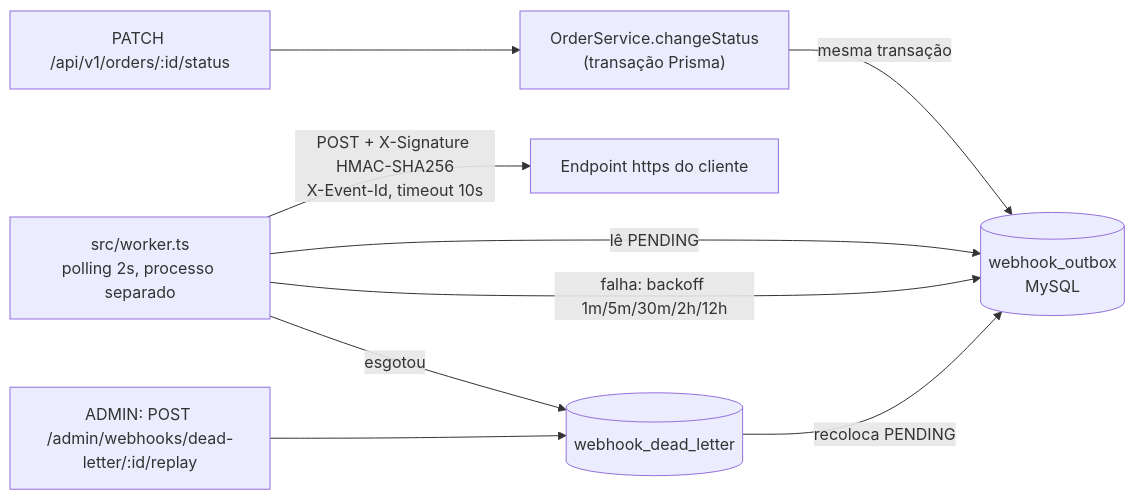
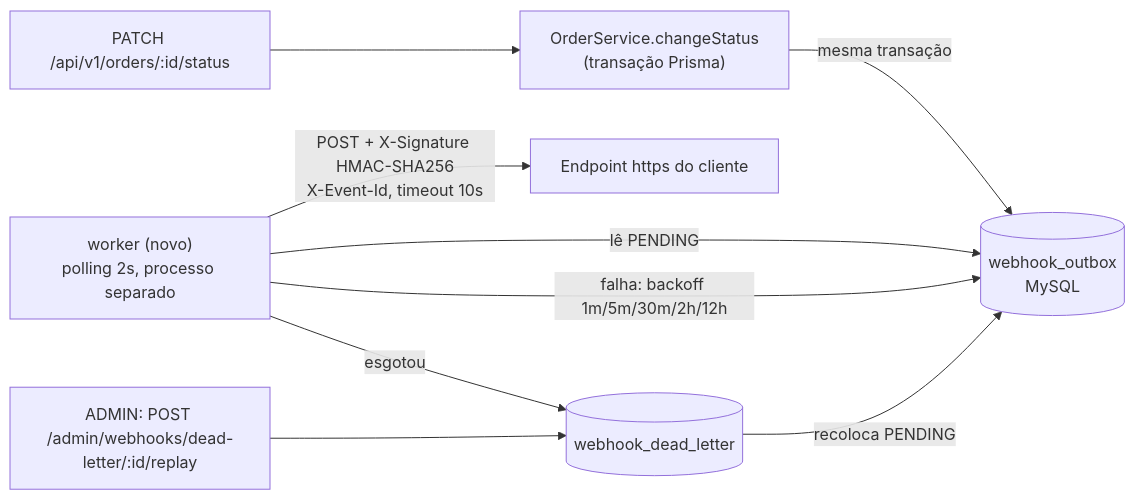
Before and after one commit to diegonogueira/mba-ia-desafio-design-docs-com-ia: the diagram in docs/RFC.md, drawn with Mermaid. The commit also changed other lines of this file and 9 other files, not shown here.

````diff
--- a/docs/RFC.md
+++ b/docs/RFC.md
@@ -31,11 +31,11 @@
 ```mermaid
 flowchart LR
   A["PATCH /api/v1/orders/:id/status"] --> B["OrderService.changeStatus<br/>(transação Prisma)"]
   B -->|"mesma transação"| C[("webhook_outbox<br/>MySQL")]
-  W["src/worker.ts<br/>polling 2s, processo separado"] -->|"lê PENDING"| C
+  W["worker (novo)<br/>polling 2s, processo separado"] -->|"lê PENDING"| C
   W -->|"POST + X-Signature HMAC-SHA256<br/>X-Event-Id, timeout 10s"| K["Endpoint https do cliente"]
   W -->|"falha: backoff 1m/5m/30m/2h/12h"| C
   W -->|"esgotou"| D[("webhook_dead_letter")]
   ADM["ADMIN: POST /admin/webhooks/dead-letter/:id/replay"] --> D
   D -->|"recoloca PENDING"| C
 ```
````
